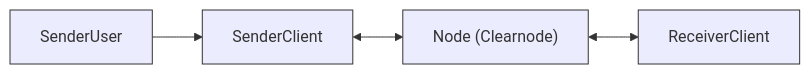
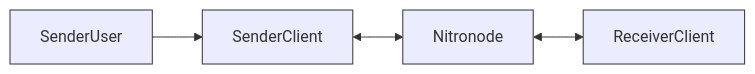
The first of 7 diagrams in docs/nitrolite/learn/protocol-flows/transfer-flow.mdx (layer-3/docs), drawn with Mermaid before and after one commit. The commit also changed other lines of this file and 20 other files, not shown here.

````diff
--- a/docs/nitrolite/learn/protocol-flows/transfer-flow.mdx
+++ b/docs/nitrolite/learn/protocol-flows/transfer-flow.mdx
@@ -15,11 +15,11 @@
 ```mermaid
 graph LR
     SU["SenderUser"] --> SC["SenderClient"]
-    SC <--> N["Node (Clearnode)"]
+    SC <--> N["Nitronode"]
     N <--> RC["ReceiverClient"]
 
     style SU stroke:#333
     style SC stroke:#333
     style N stroke:#333
     style RC stroke:#333
 ```
````
